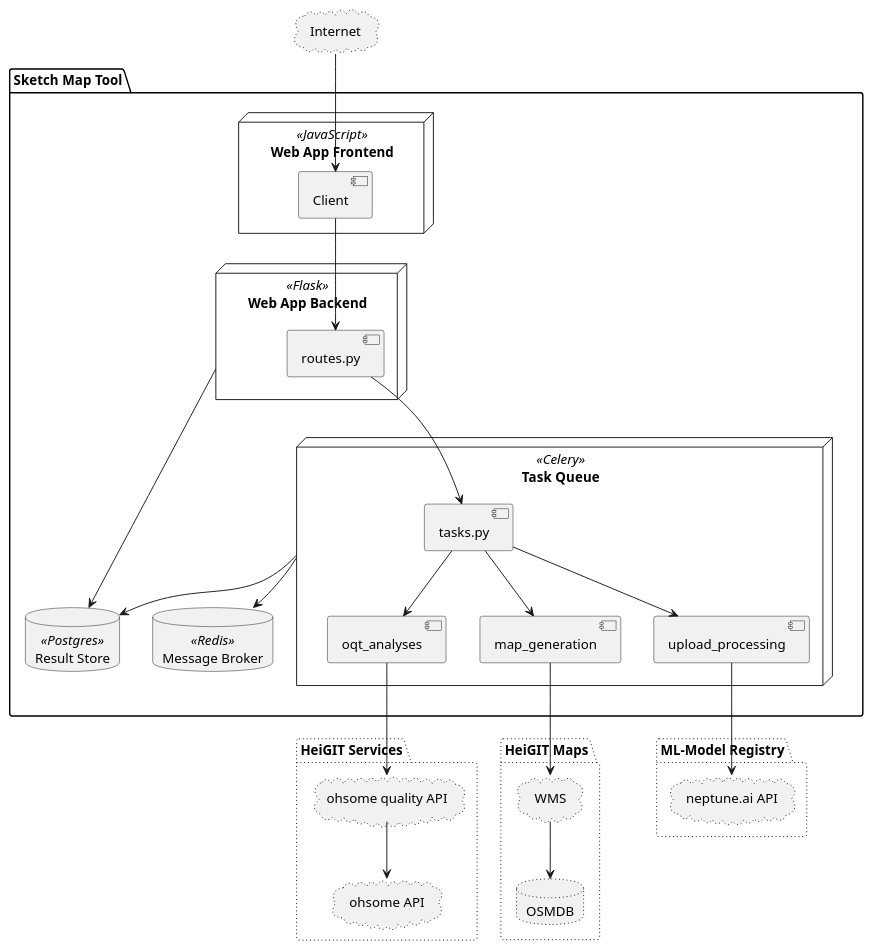
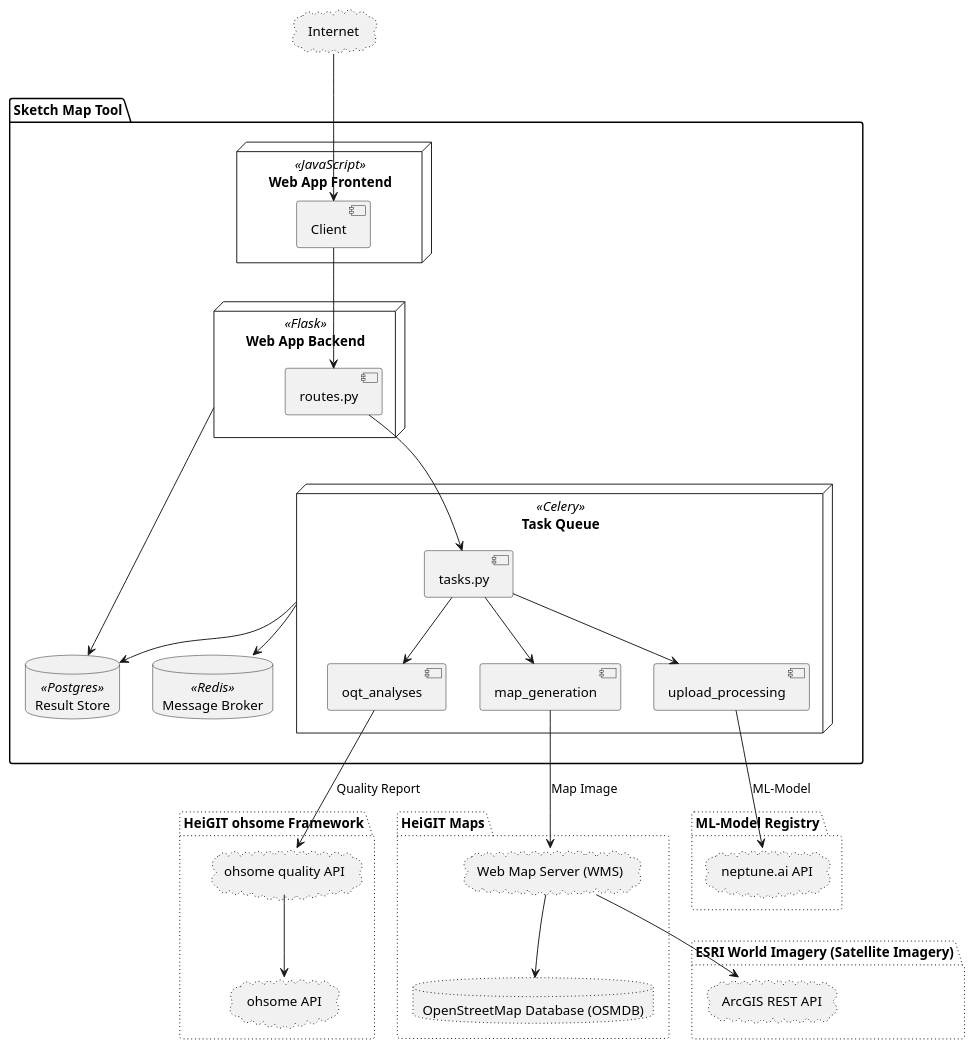
One commit to GIScience/sketch-map-tool changed the diagram in docs/component-diagram.puml. Above: the diagram before and after it, drawn with PlantUML. The commit also changed 1 other file, not shown here.

Commit message:
docs: update component diagram

```diff
--- a/docs/component-diagram.puml
+++ b/docs/component-diagram.puml
@@ -1,57 +1,62 @@
 @startuml
 package "Sketch Map Tool" {
   node webclient as "Web App Frontend" <<JavaScript>> {
       component client as "Client"
     }
 
     node flask as "Web App Backend" <<Flask>> {
         component routes.py
     }
 
     node celery as "Task Queue" <<Celery>>{
         component tasks.py
         component oqt_analyses
         component map_generation
         component upload_processing
         tasks.py --> oqt_analyses
         tasks.py --> map_generation
         tasks.py --> upload_processing
     }
 
     database postgres as "Result Store" <<Postgres>>
     database redis as "Message Broker" <<Redis>>
 
     routes.py --> tasks.py
     flask -> postgres
     celery --> redis
     celery --> postgres
     client --> routes.py
 }
 
 cloud internet as "Internet" #line.dotted
 
 package "HeiGIT Maps" #line.dotted {
-    cloud wms as "WMS" #line.dotted
-    database osmdb as "OSMDB" #line.dotted
+    cloud wms as "Web Map Server (WMS)" #line.dotted
+    database osmdb as "OpenStreetMap Database (OSMDB)" #line.dotted
 
 }
 
-package "HeiGIT Services" #line.dotted {
+package "HeiGIT ohsome Framework" #line.dotted {
     cloud oqt as "ohsome quality API" #line.dotted
     cloud ohsome as "ohsome API" #line.dotted
 }
 
 package "ML-Model Registry" #line.dotted {
     cloud neptune as "neptune.ai API" #line.dotted
 }
 
+package "ESRI World Imagery (Satellite Imagery)" #line.dotted {
+    cloud arcgis as "ArcGIS REST API" #line.dotted
+}
+
 internet --> client
 
-map_generation --> wms
+map_generation --> wms : Map Image
 wms --> osmdb
+wms --> arcgis
 
-oqt_analyses --> oqt
+oqt_analyses --> oqt : Quality Report
 oqt --> ohsome
 
-upload_processing --> neptune
+upload_processing --> neptune : ML-Model
 @enduml
```
